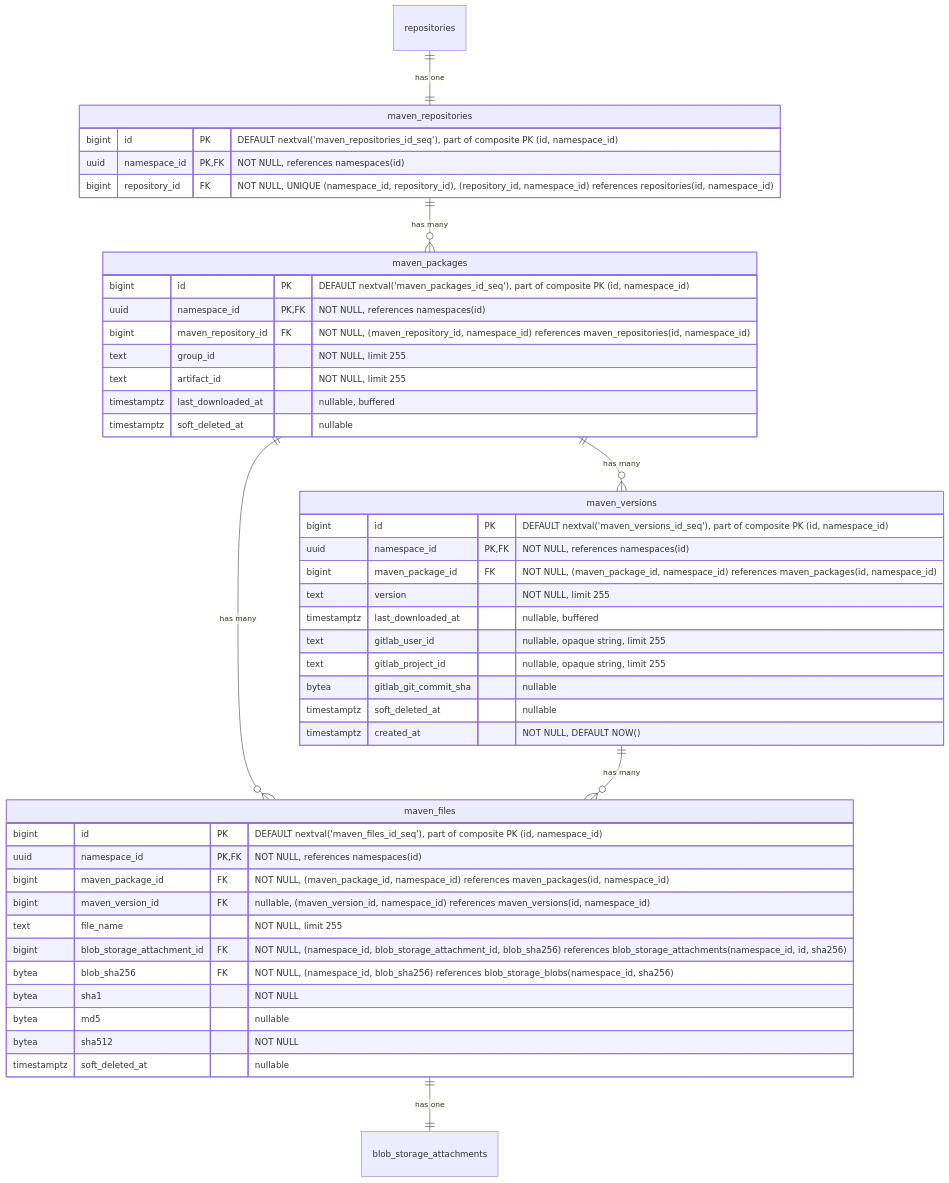
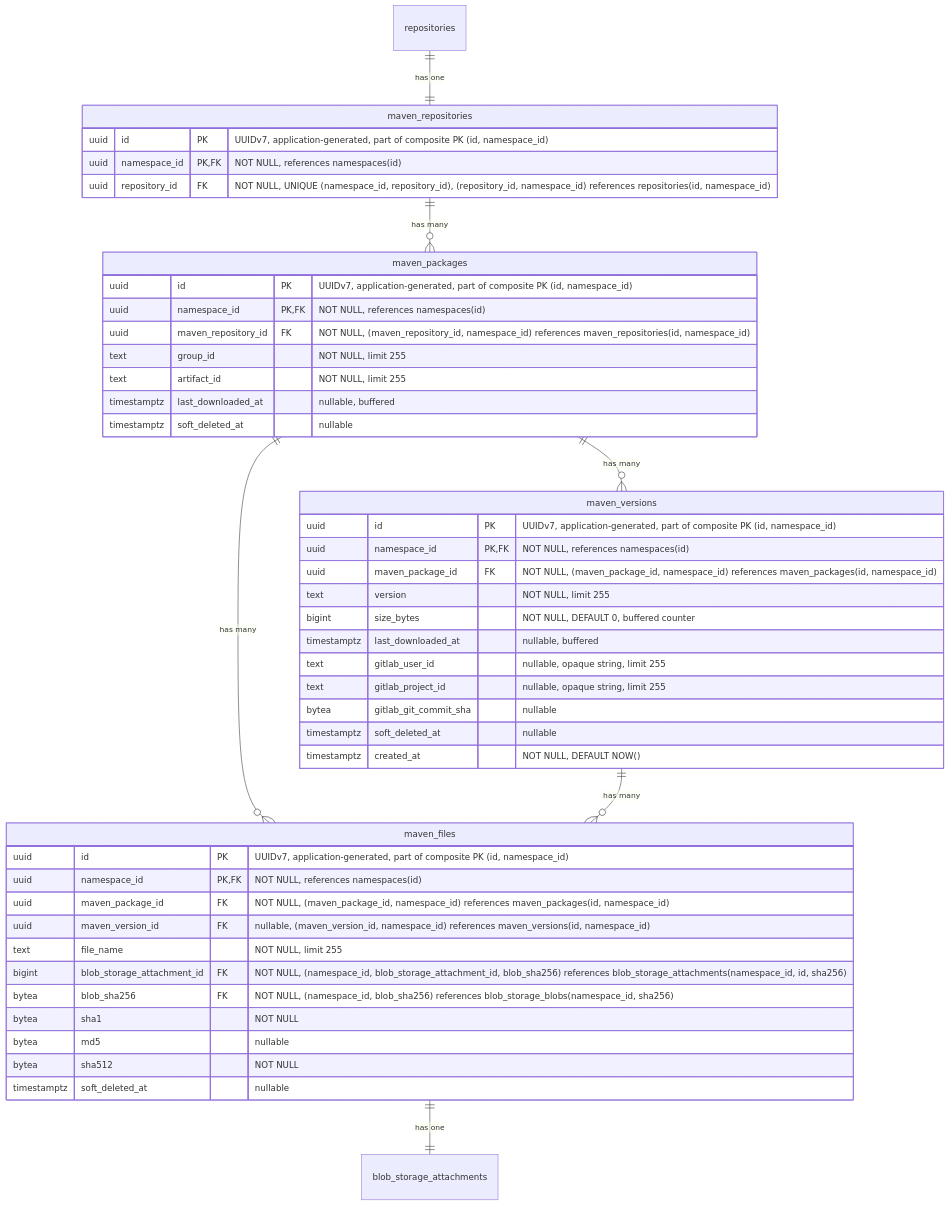
Before and after one commit to kyama0/gitlab-handbook-ja: the tenth of 19 diagrams in content/handbook/engineering/architecture/design-documents/artifact_registry/decisions/007_database_schema.md, drawn with Mermaid. The commit also changed other lines of this file and 105 other files, not shown here.

````diff
--- a/content/handbook/engineering/architecture/design-documents/artifact_registry/decisions/007_database_schema.md
+++ b/content/handbook/engineering/architecture/design-documents/artifact_registry/decisions/007_database_schema.md
@@ -774,52 +786,53 @@
 ```mermaid
 erDiagram
     repositories ||--|| maven_repositories : "has one"
     maven_repositories ||--o{ maven_packages : "has many"
     maven_packages ||--o{ maven_versions : "has many"
     maven_packages ||--o{ maven_files : "has many"
     maven_versions ||--o{ maven_files : "has many"
     maven_files ||--|| blob_storage_attachments : "has one"
 
     maven_repositories {
-        bigint id PK "DEFAULT nextval('maven_repositories_id_seq'), part of composite PK (id, namespace_id)"
+        uuid id PK "UUIDv7, application-generated, part of composite PK (id, namespace_id)"
         uuid namespace_id PK,FK "NOT NULL, references namespaces(id)"
-        bigint repository_id FK "NOT NULL, UNIQUE (namespace_id, repository_id), (repository_id, namespace_id) references repositories(id, namespace_id)"
+        uuid repository_id FK "NOT NULL, UNIQUE (namespace_id, repository_id), (repository_id, namespace_id) references repositories(id, namespace_id)"
     }
 
     maven_packages {
-        bigint id PK "DEFAULT nextval('maven_packages_id_seq'), part of composite PK (id, namespace_id)"
+        uuid id PK "UUIDv7, application-generated, part of composite PK (id, namespace_id)"
         uuid namespace_id PK,FK "NOT NULL, references namespaces(id)"
-        bigint maven_repository_id FK "NOT NULL, (maven_repository_id, namespace_id) references maven_repositories(id, namespace_id)"
+        uuid maven_repository_id FK "NOT NULL, (maven_repository_id, namespace_id) references maven_repositories(id, namespace_id)"
         text group_id "NOT NULL, limit 255"
         text artifact_id "NOT NULL, limit 255"
         timestamptz last_downloaded_at "nullable, buffered"
         timestamptz soft_deleted_at "nullable"
     }
 
     maven_versions {
-        bigint id PK "DEFAULT nextval('maven_versions_id_seq'), part of composite PK (id, namespace_id)"
+        uuid id PK "UUIDv7, application-generated, part of composite PK (id, namespace_id)"
         uuid namespace_id PK,FK "NOT NULL, references namespaces(id)"
-        bigint maven_package_id FK "NOT NULL, (maven_package_id, namespace_id) references maven_packages(id, namespace_id)"
+        uuid maven_package_id FK "NOT NULL, (maven_package_id, namespace_id) references maven_packages(id, namespace_id)"
         text version "NOT NULL, limit 255"
+        bigint size_bytes "NOT NULL, DEFAULT 0, buffered counter"
         timestamptz last_downloaded_at "nullable, buffered"
         text gitlab_user_id "nullable, opaque string, limit 255"
         text gitlab_project_id "nullable, opaque string, limit 255"
         bytea gitlab_git_commit_sha "nullable"
         timestamptz soft_deleted_at "nullable"
         timestamptz created_at "NOT NULL, DEFAULT NOW()"
     }
 
     maven_files {
-        bigint id PK "DEFAULT nextval('maven_files_id_seq'), part of composite PK (id, namespace_id)"
+        uuid id PK "UUIDv7, application-generated, part of composite PK (id, namespace_id)"
         uuid namespace_id PK,FK "NOT NULL, references namespaces(id)"
-        bigint maven_package_id FK "NOT NULL, (maven_package_id, namespace_id) references maven_packages(id, namespace_id)"
-        bigint maven_version_id FK "nullable, (maven_version_id, namespace_id) references maven_versions(id, namespace_id)"
+        uuid maven_package_id FK "NOT NULL, (maven_package_id, namespace_id) references maven_packages(id, namespace_id)"
+        uuid maven_version_id FK "nullable, (maven_version_id, namespace_id) references maven_versions(id, namespace_id)"
         text file_name "NOT NULL, limit 255"
         bigint blob_storage_attachment_id FK "NOT NULL, (namespace_id, blob_storage_attachment_id, blob_sha256) references blob_storage_attachments(namespace_id, id, sha256)"
         bytea blob_sha256 FK "NOT NULL, (namespace_id, blob_sha256) references blob_storage_blobs(namespace_id, sha256)"
         bytea sha1 "NOT NULL"
         bytea md5 "nullable"
         bytea sha512 "NOT NULL"
         timestamptz soft_deleted_at "nullable"
     }
 ```
````
